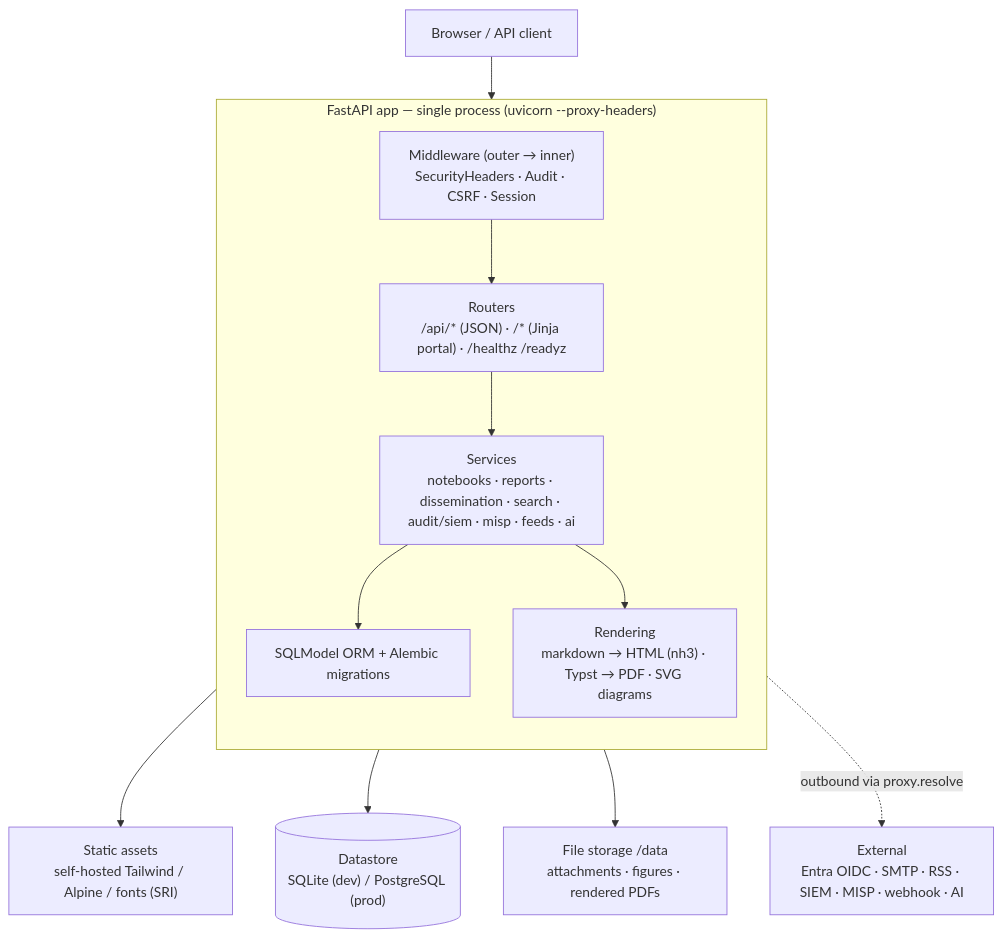
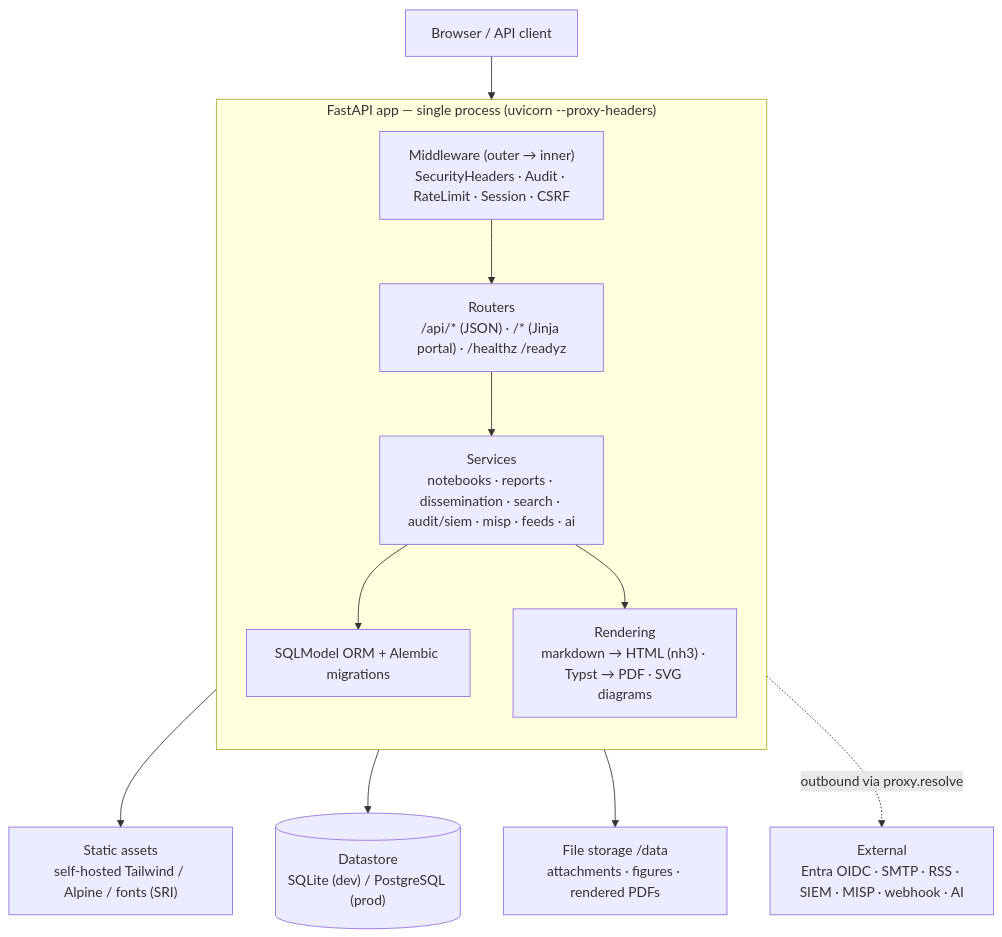
Before and after one commit to IcebergAI/IcebergCTI: the first of 5 diagrams in README.md, drawn with Mermaid. The commit also changed other lines of this file and 4 other files, not shown here.

````diff
--- a/README.md
+++ b/README.md
@@ -586,21 +621,21 @@
 ```mermaid
 flowchart TB
   Client["Browser / API client"]
   Client --> MW
 
   subgraph app["FastAPI app — single process (uvicorn --proxy-headers)"]
     direction TB
-    MW["Middleware (outer → inner)<br/>SecurityHeaders · Audit · CSRF · Session"]
+    MW["Middleware (outer → inner)<br/>SecurityHeaders · Audit · RateLimit · Session · CSRF"]
     Routers["Routers<br/>/api/* (JSON) · /* (Jinja portal) · /healthz /readyz"]
     Services["Services<br/>notebooks · reports · dissemination · search · audit/siem · misp · feeds · ai"]
     Render["Rendering<br/>markdown → HTML (nh3) · Typst → PDF · SVG diagrams"]
     ORM["SQLModel ORM + Alembic migrations"]
     MW --> Routers --> Services --> ORM
     Services --> Render
   end
 
   Routers --> Static["Static assets<br/>self-hosted Tailwind / Alpine / fonts (SRI)"]
   ORM --> DB[("Datastore<br/>SQLite (dev) / PostgreSQL (prod)")]
   Render --> FS["File storage /data<br/>attachments · figures · rendered PDFs"]
   Services -. "outbound via proxy.resolve" .-> Ext["External<br/>Entra OIDC · SMTP · RSS · SIEM · MISP · webhook · AI"]
 ```
````
